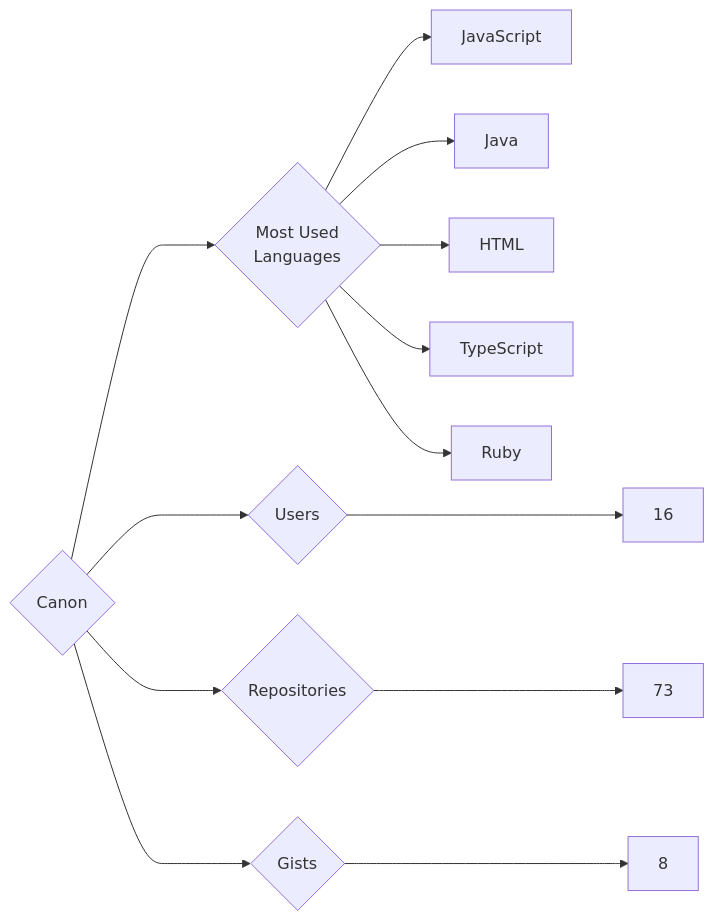
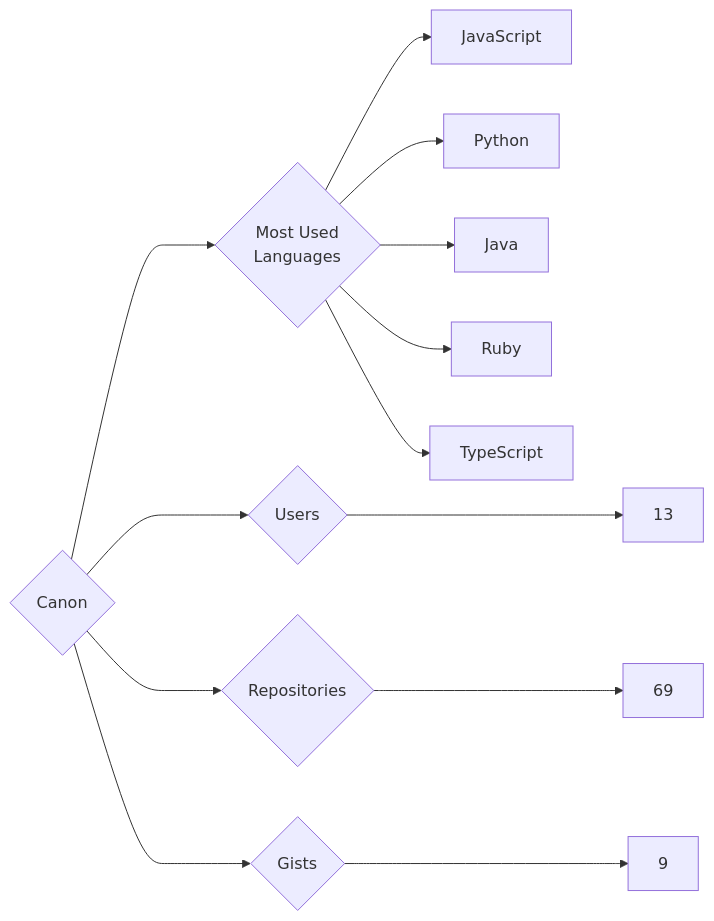
One commit to trickest/insiders changed the diagram in targets/Canon/README.md. Above: the diagram before and after it, drawn with Mermaid. The commit also changed 951 other files, not shown here.

````diff
--- a/targets/Canon/README.md
+++ b/targets/Canon/README.md
@@ -3,13 +3,13 @@
 ```mermaid
 graph LR
 COMPANY_NAME{Canon}
-COMPANY_NAME ---> U{Users} ---> UN[16]
-COMPANY_NAME ---> R{Repositories} ---> RN[73]
-COMPANY_NAME ---> G{Gists} ---> GN[8]
+COMPANY_NAME ---> U{Users} ---> UN[13]
+COMPANY_NAME ---> R{Repositories} ---> RN[69]
+COMPANY_NAME ---> G{Gists} ---> GN[9]
 COMPANY_NAME ---> ML{Most Used<br>Languages}
 ML --> JavaScript[JavaScript]
+ML --> Python[Python]
 ML --> Java[Java]
-ML --> HTML[HTML]
+ML --> Ruby[Ruby]
 ML --> TypeScript[TypeScript]
-ML --> Ruby[Ruby]
 ```
````
